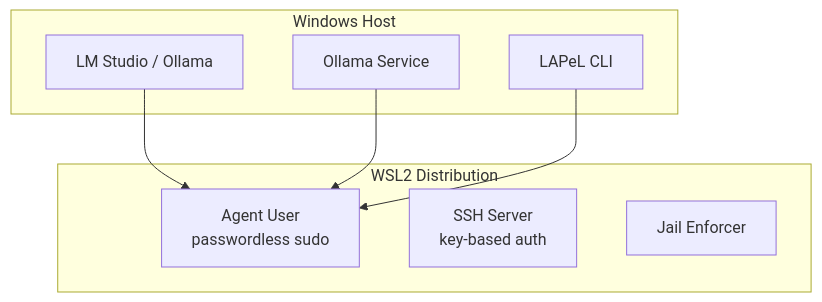
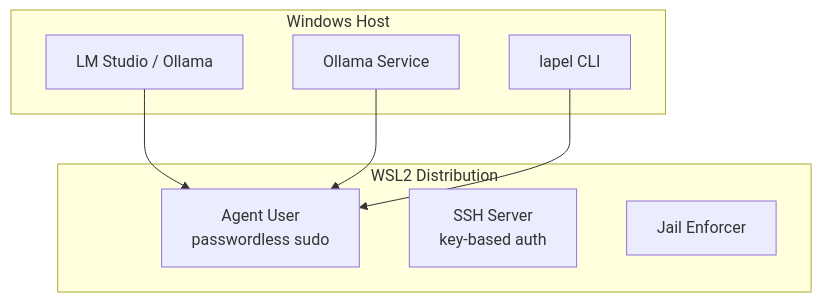
The diagram in docs/FEATURES.md (kurtisnotcurtis/lapel), drawn with Mermaid before and after one commit. The commit also changed other lines of this file and 2 other files, not shown here.

````diff
--- a/docs/FEATURES.md
+++ b/docs/FEATURES.md
@@ -167,18 +167,18 @@
 ```mermaid
 graph TD
     subgraph WindowsHost["Windows Host"]
         A["LM Studio / Ollama"]
         B["Ollama Service"]
-        C["LAPeL CLI"]
+        C["lapel CLI"]
     end
 
     subgraph WSL2Dist["WSL2 Distribution"]
         D["Agent User<br/>passwordless sudo"]
         E["SSH Server<br/>key-based auth"]
         F["Jail Enforcer"]
     end
 
     A --> D
     B --> D
     C --> D
 ```
````
